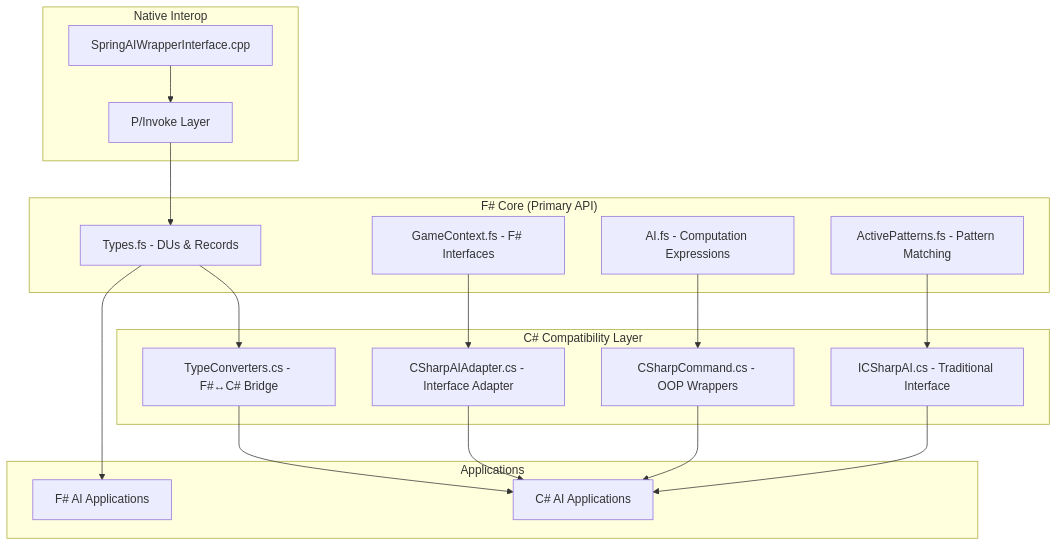
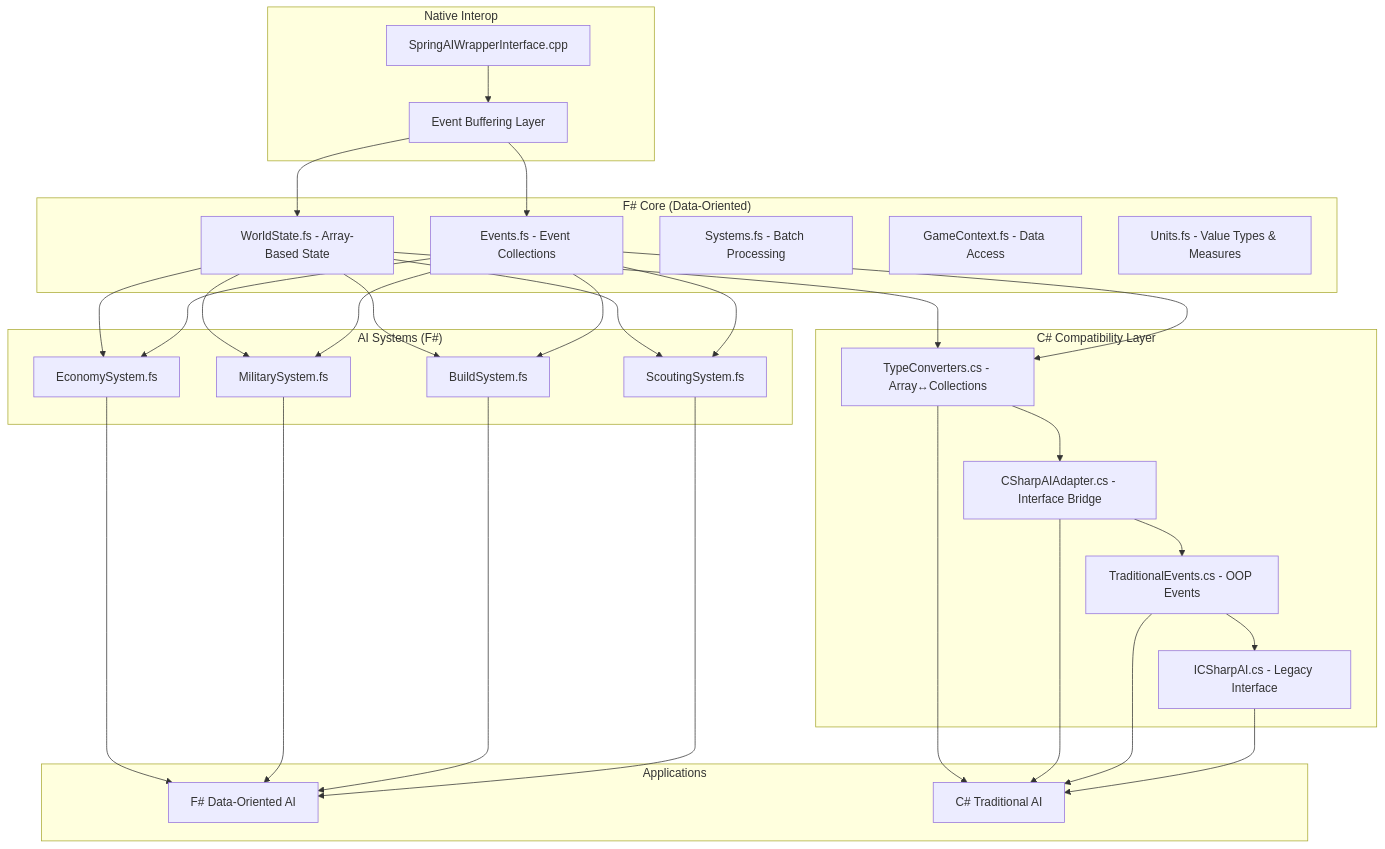
The diagram in AI/Wrappers/DotNet/F#-First-Architecture.md (EHotwagner/RecoilEngine), drawn with Mermaid before and after one commit. The commit also changed other lines of this file and 11 other files, not shown here.

First line of the commit message:
Enhance F# AI Wrapper with Data-Oriented Design

````diff
--- a/AI/Wrappers/DotNet/F#-First-Architecture.md
+++ b/AI/Wrappers/DotNet/F#-First-Architecture.md
@@ -9,40 +9,63 @@
 ```mermaid
 graph TB
-    subgraph "F# Core (Primary API)"
-        A[Types.fs - DUs & Records]
-        B[GameContext.fs - F# Interfaces]
-        C[AI.fs - Computation Expressions]
-        D[ActivePatterns.fs - Pattern Matching]
+    subgraph "F# Core (Data-Oriented)"
+        A[WorldState.fs - Array-Based State]
+        B[Events.fs - Event Collections]
+        C[Systems.fs - Batch Processing]
+        D[GameContext.fs - Data Access]
+        E[Units.fs - Value Types & Measures]
+    end
+    
+    subgraph "AI Systems (F#)"
+        F[EconomySystem.fs]
+        G[MilitarySystem.fs]
+        H[BuildSystem.fs]
+        I[ScoutingSystem.fs]
     end
     
     subgraph "C# Compatibility Layer"
-        E[TypeConverters.cs - F#↔C# Bridge]
-        F[CSharpAIAdapter.cs - Interface Adapter]
-        G[CSharpCommand.cs - OOP Wrappers]
-        H[ICSharpAI.cs - Traditional Interface]
+        J[TypeConverters.cs - Array↔Collections]
+        K[CSharpAIAdapter.cs - Interface Bridge]
+        L[TraditionalEvents.cs - OOP Events]
+        M[ICSharpAI.cs - Legacy Interface]
     end
     
     subgraph "Native Interop"
-        I[SpringAIWrapperInterface.cpp]
-        J[P/Invoke Layer]
+        N[SpringAIWrapperInterface.cpp]
+        O[Event Buffering Layer]
     end
     
     subgraph "Applications"
-        K[F# AI Applications]
-        L[C# AI Applications]
+        P[F# Data-Oriented AI]
+        Q[C# Traditional AI]
     end
     
-    A --> E
+    A --> F
+    A --> G
+    A --> H
+    A --> I
     B --> F
-    C --> G
-    D --> H
+    B --> G
+    B --> H
+    B --> I
     
-    I --> J
-    J --> A
+    A --> J
+    B --> J
+    J --> K
+    K --> L
+    L --> M
     
-    A --> K
-    E --> L
-    F --> L
-    G --> L
-    H --> L
+    N --> O
+    O --> A
+    O --> B
+    
+    F --> P
+    G --> P
+    H --> P
+    I --> P
+    
+    J --> Q
+    K --> Q
+    L --> Q
+    M --> Q
 ```
````
